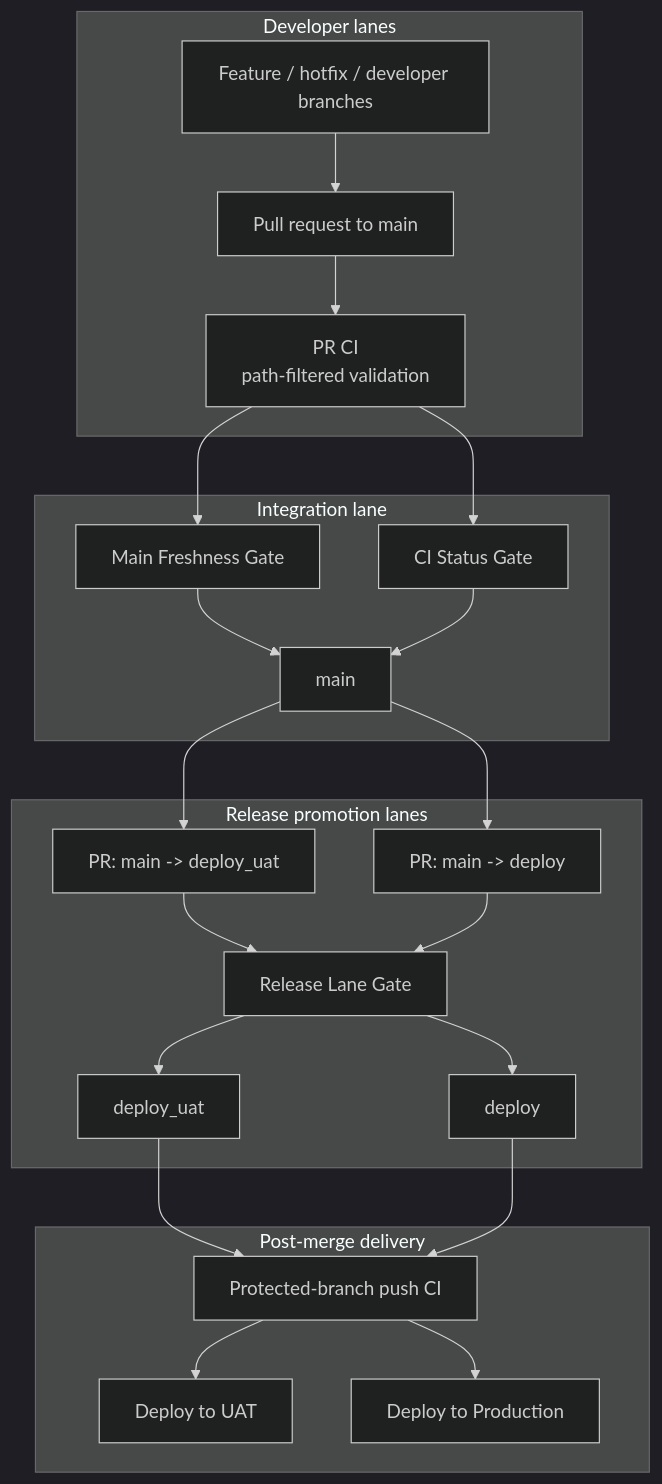
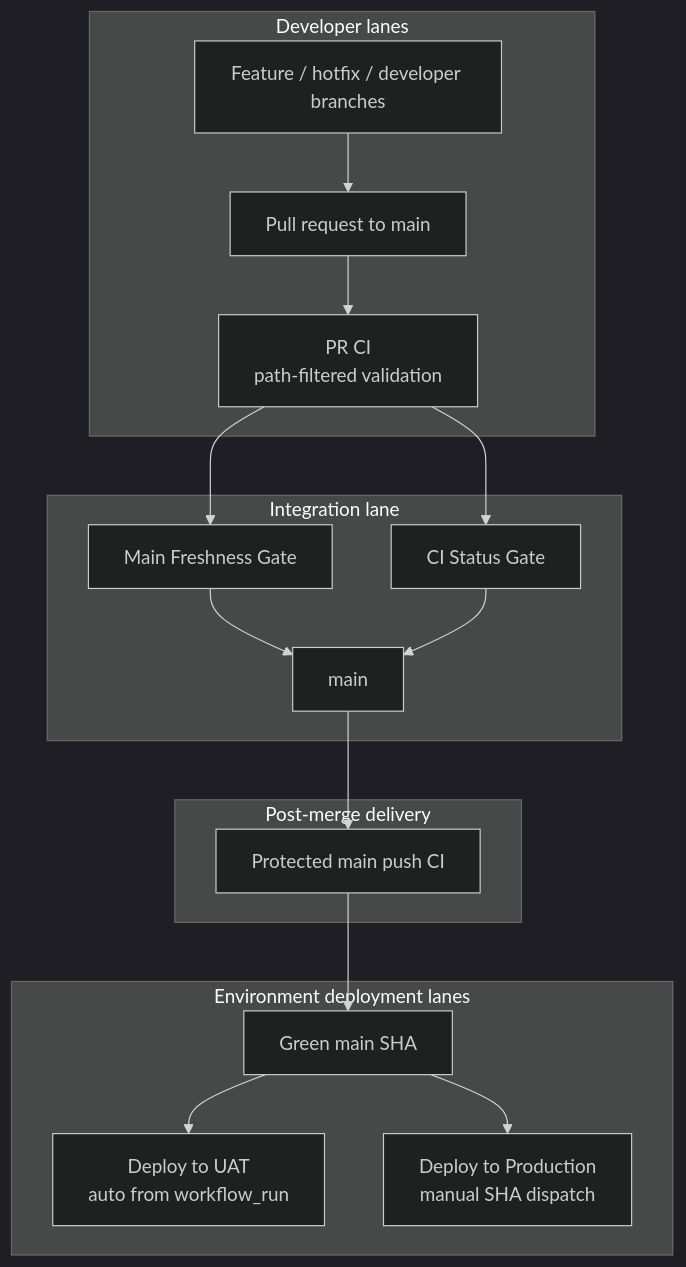
Before and after one commit to hushh-labs/hushh-research: the diagram in docs/reference/operations/ci.md, drawn with Mermaid (dark theme). The commit also changed other lines of this file and 18 other files, not shown here.

````diff
--- a/docs/reference/operations/ci.md
+++ b/docs/reference/operations/ci.md
@@ -6,38 +6,32 @@
 ```mermaid
 flowchart TB
   subgraph dev["Developer lanes"]
     feat["Feature / hotfix / developer branches"]
     pr["Pull request to main"]
     prci["PR CI<br/>path-filtered validation"]
   end
 
   subgraph integration["Integration lane"]
     freshness["Main Freshness Gate"]
     status["CI Status Gate"]
     main["main"]
   end
 
-  subgraph release["Release promotion lanes"]
-    uatpr["PR: main -> deploy_uat"]
-    prodpr["PR: main -> deploy"]
-    releasegate["Release Lane Gate"]
-    uat["deploy_uat"]
-    prod["deploy"]
+  subgraph release["Environment deployment lanes"]
+    green["Green main SHA"]
+    uat["Deploy to UAT<br/>auto from workflow_run"]
+    prod["Deploy to Production<br/>manual SHA dispatch"]
   end
 
   subgraph delivery["Post-merge delivery"]
-    pushci["Protected-branch push CI"]
-    uatdeploy["Deploy to UAT"]
-    proddeploy["Deploy to Production"]
+    pushci["Protected main push CI"]
   end
 
   feat --> pr --> prci
   prci --> freshness
   prci --> status
-  freshness --> main
+  freshness --> main --> pushci --> green
   status --> main
-  main --> uatpr --> releasegate --> uat
-  main --> prodpr --> releasegate --> prod
-  uat --> pushci --> uatdeploy
-  prod --> pushci --> proddeploy
+  green --> uat
+  green --> prod
 ```
````
